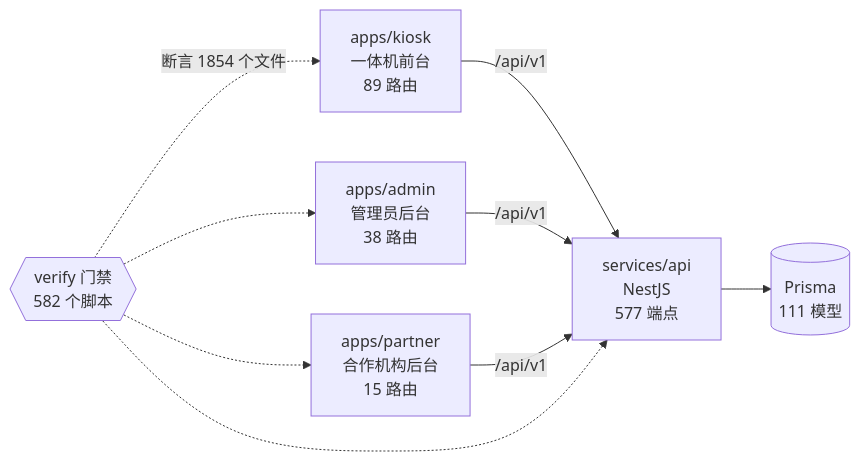
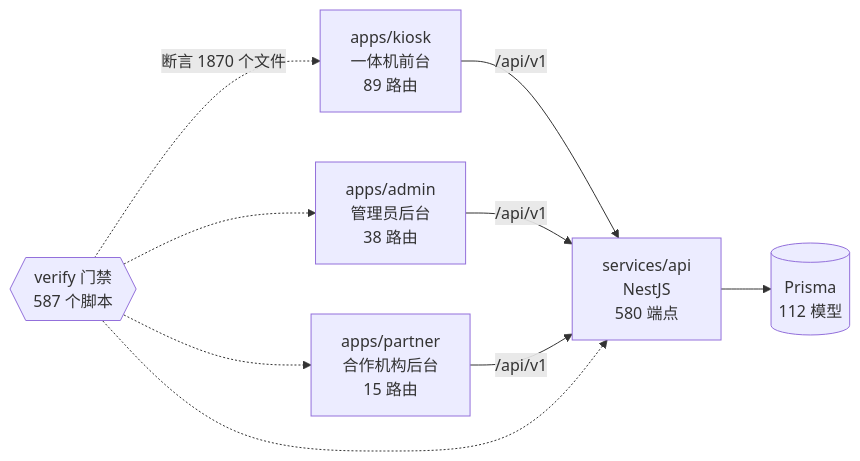
One commit to wanglei581/YITIJI changed the diagram in docs/graph/README.md. Above: the diagram before and after it, drawn with Mermaid. The commit also changed other lines of this file and 3 other files, not shown here.

Commit message:
chore(graph): 第六次一批合入后重生图谱

````diff
--- a/docs/graph/README.md
+++ b/docs/graph/README.md
@@ -68,18 +68,18 @@
 ```mermaid
 flowchart LR
   kiosk["apps/kiosk<br/>一体机前台<br/>89 路由"]
   admin["apps/admin<br/>管理员后台<br/>38 路由"]
   partner["apps/partner<br/>合作机构后台<br/>15 路由"]
-  api["services/api<br/>NestJS<br/>577 端点"]
-  db[("Prisma<br/>111 模型")]
-  gates{{"verify 门禁<br/>582 个脚本"}}
+  api["services/api<br/>NestJS<br/>580 端点"]
+  db[("Prisma<br/>112 模型")]
+  gates{{"verify 门禁<br/>587 个脚本"}}
 
   kiosk -->|"/api/v1"| api
   admin -->|"/api/v1"| api
   partner -->|"/api/v1"| api
   api --> db
-  gates -.->|"断言 1854 个文件"| kiosk
+  gates -.->|"断言 1870 个文件"| kiosk
   gates -.-> admin
   gates -.-> partner
   gates -.-> api
 ```
````
